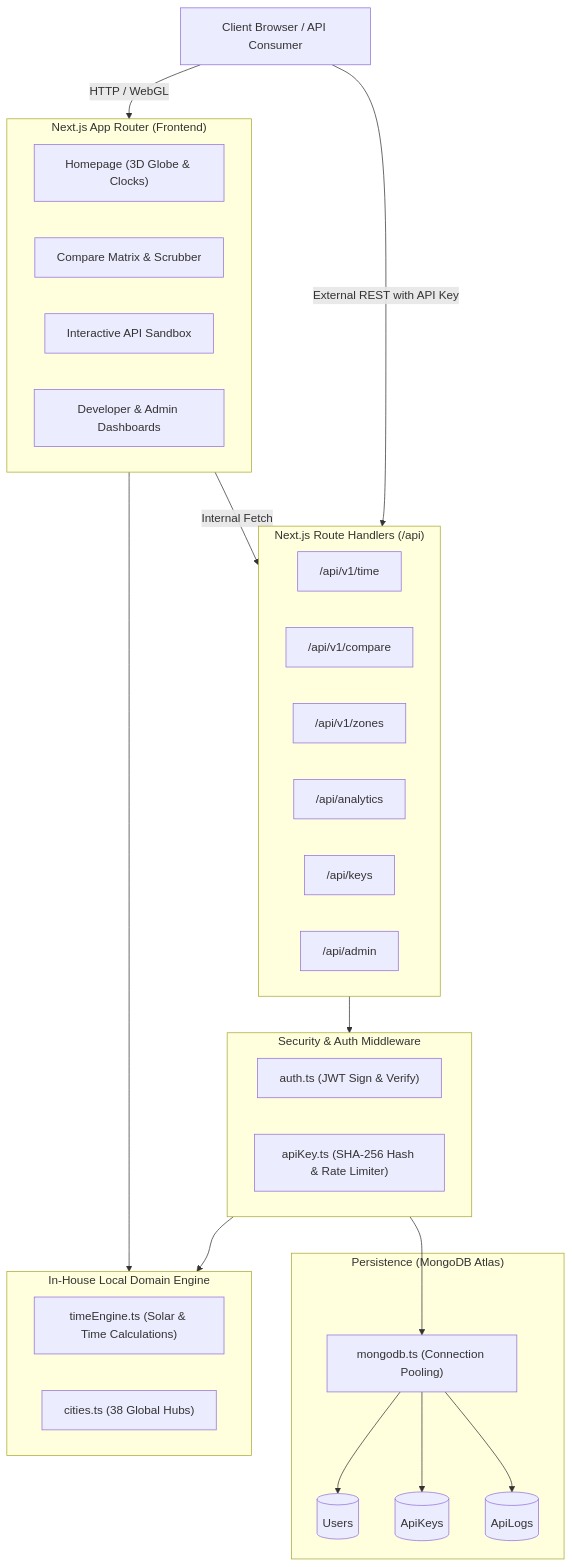
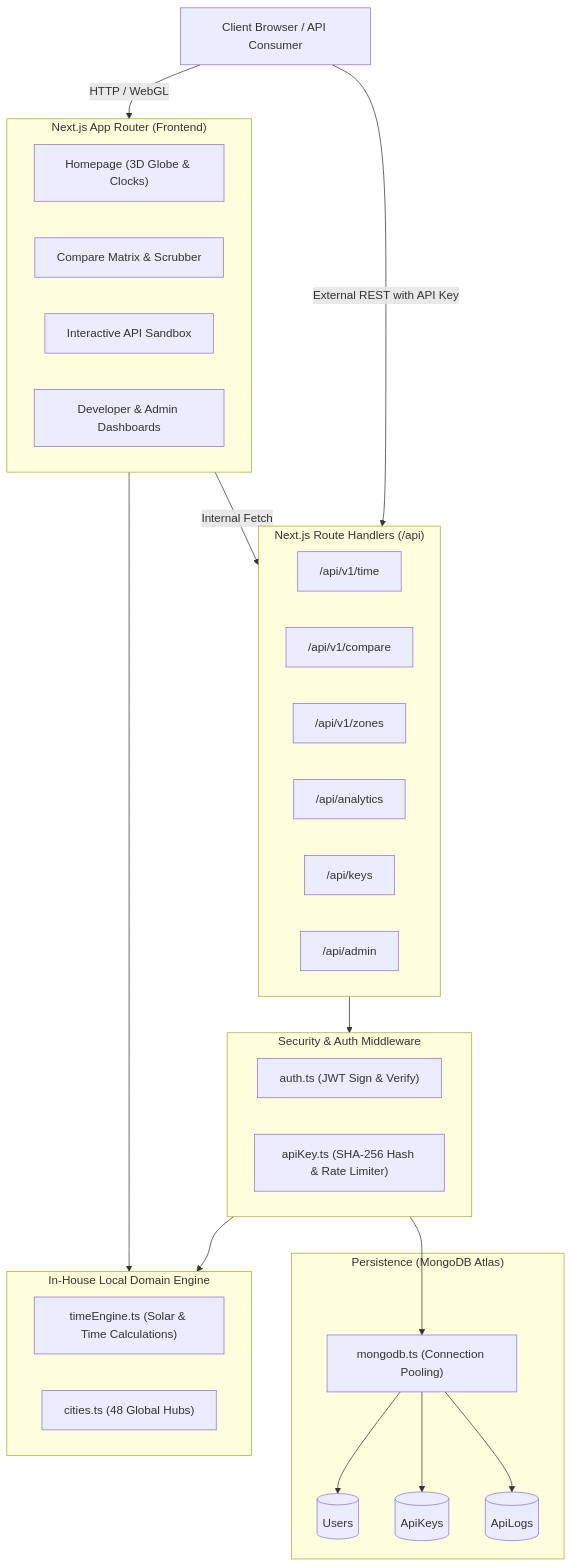
Before and after one commit to Tech-Genkai/TimeOrbit: the diagram in README.md, drawn with Mermaid. The commit also changed other lines of this file and 2 other files, not shown here.

````diff
--- a/README.md
+++ b/README.md
@@ -87,49 +95,49 @@
 ```mermaid
 flowchart TD
     Client["Client Browser / API Consumer"]
 
     subgraph Frontend["Next.js App Router (Frontend)"]
         UI_Home["Homepage (3D Globe & Clocks)"]
         UI_Compare["Compare Matrix & Scrubber"]
         UI_Docs["Interactive API Sandbox"]
         UI_Dash["Developer & Admin Dashboards"]
     end
 
     subgraph CoreEngine["In-House Local Domain Engine"]
         TimeEngine["timeEngine.ts (Solar & Time Calculations)"]
-        CityData["cities.ts (38 Global Hubs)"]
+        CityData["cities.ts (48 Global Hubs)"]
     end
 
     subgraph APIRoutes["Next.js Route Handlers (/api)"]
         APITime["/api/v1/time"]
         APICompare["/api/v1/compare"]
         APIZones["/api/v1/zones"]
         APIAnalytics["/api/analytics"]
         APIKeys["/api/keys"]
         APIAdmin["/api/admin"]
     end
 
     subgraph SecurityMiddleware["Security & Auth Middleware"]
         AuthModule["auth.ts (JWT Sign & Verify)"]
         KeyModule["apiKey.ts (SHA-256 Hash & Rate Limiter)"]
     end
 
     subgraph DatabaseLayer["Persistence (MongoDB Atlas)"]
         MongooseConn["mongodb.ts (Connection Pooling)"]
         DB_Users[("Users")]
         DB_Keys[("ApiKeys")]
         DB_Logs[("ApiLogs")]
     end
 
     Client -->|HTTP / WebGL| Frontend
     Frontend --> CoreEngine
     Frontend -->|Internal Fetch| APIRoutes
     Client -->|External REST with API Key| APIRoutes
 
     APIRoutes --> SecurityMiddleware
     SecurityMiddleware --> CoreEngine
     SecurityMiddleware --> MongooseConn
     MongooseConn --> DB_Users
     MongooseConn --> DB_Keys
     MongooseConn --> DB_Logs
 ```
````
